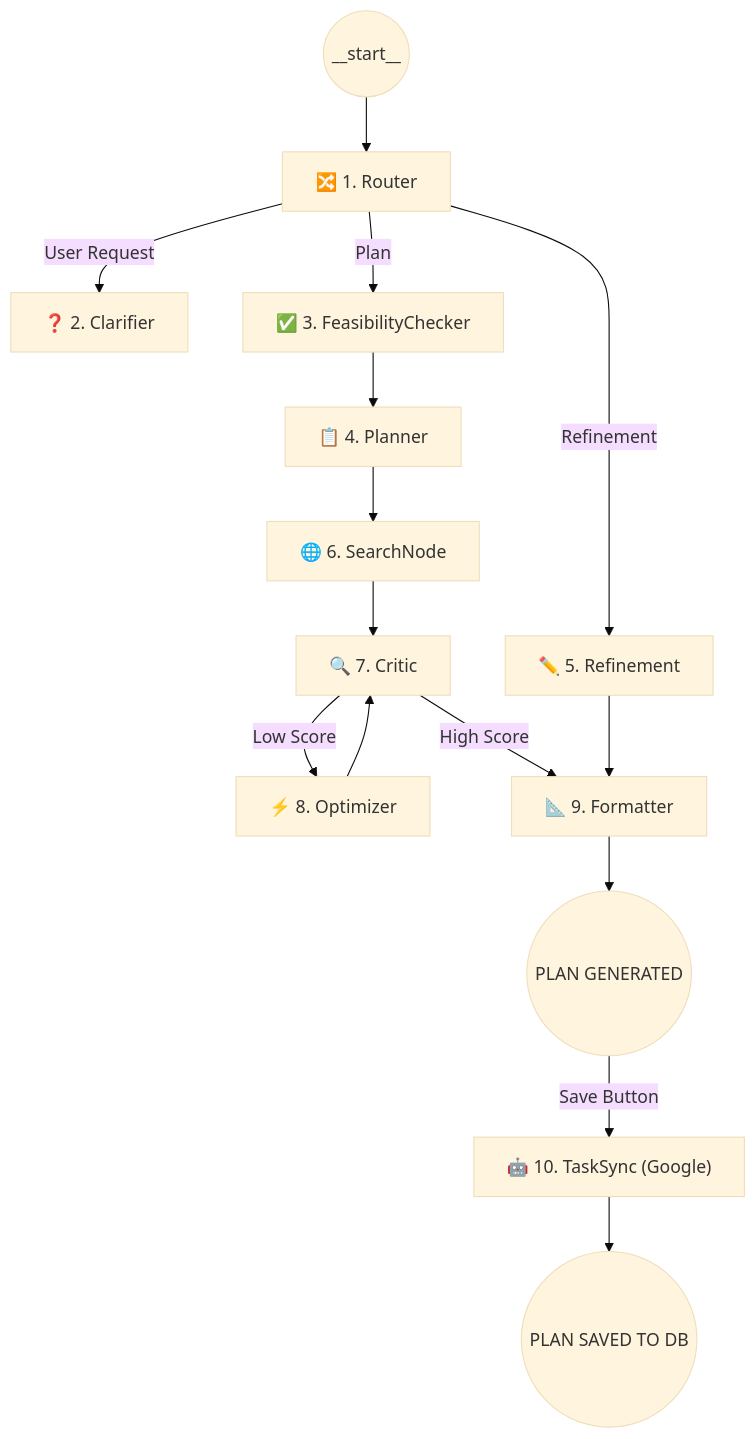
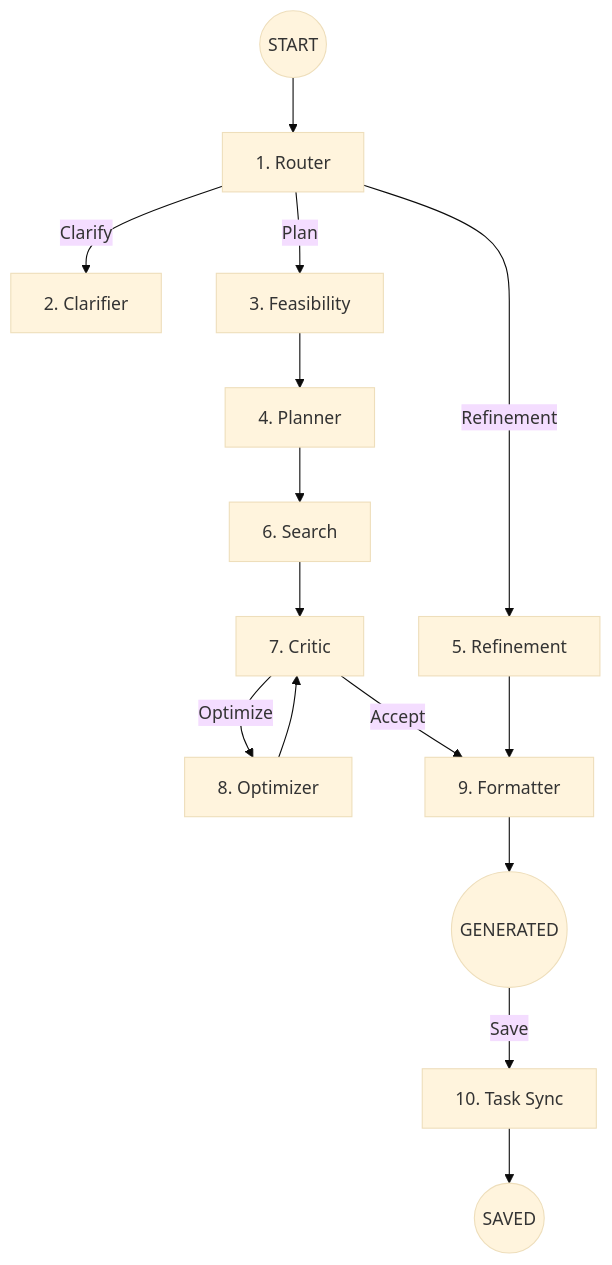
The diagram in SYSTEM_OVERVIEW.md (rhealaloo45/goal-planning-agent), drawn with Mermaid (base theme) before and after one commit. The commit also changed other lines of this file, not shown here.

````diff
--- a/SYSTEM_OVERVIEW.md
+++ b/SYSTEM_OVERVIEW.md
@@ -10,25 +10,25 @@
 ```mermaid
 graph TD
-    START(("__start__")) --> router["🔀 1. Router"]
+    S(("START")) --> r[1. Router]
     
     %% Planning Path
-    router -- "User Request" --> clarify["❓ 2. Clarifier"]
-    router -- "Plan" --> feasibility["✅ 3. FeasibilityChecker"]
-    feasibility --> planner["📋 4. Planner"]
-    router -- "Refinement" --> refinement["✏️ 5. Refinement"]
+    r -- "Clarify" --> c[2. Clarifier]
+    r -- "Plan" --> f[3. Feasibility]
+    f --> p[4. Planner]
+    r -- "Refinement" --> ref[5. Refinement]
     
-    %% Core Planning Loop
-    planner --> search["🌐 6. SearchNode"]
-    search --> critic["🔍 7. Critic"]
-    critic -- "Low Score" --> optimizer["⚡ 8. Optimizer"]
-    optimizer --> critic
+    %% Core Loop
+    p --> s[6. Search]
+    s --> cr[7. Critic]
+    cr -- "Optimize" --> o[8. Optimizer]
+    o --> cr
     
-    %% Finalization & Sync
-    critic -- "High Score" --> formatter["📐 9. Formatter"]
-    refinement --> formatter
-    formatter --> END(("PLAN GENERATED"))
+    %% Finalization
+    cr -- "Accept" --> fmt[9. Formatter]
+    ref --> fmt
+    fmt --> E(("GENERATED"))
 
-    %% Manual Persistence (User Triggered)
-    END -- "Save Button" --> task_sync["🤖 10. TaskSync (Google)"]
-    task_sync --> SAVE(("PLAN SAVED TO DB"))
+    %% DB Sync
+    E -- "Save" --> ts[10. Task Sync]
+    ts --> DB(("SAVED"))
 ```
````
